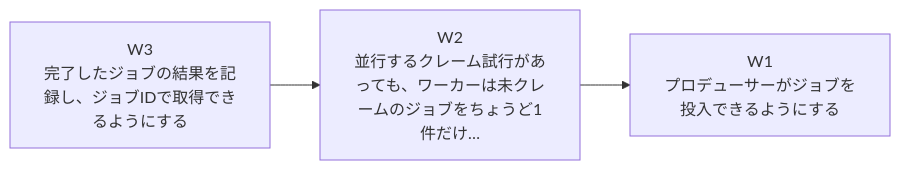
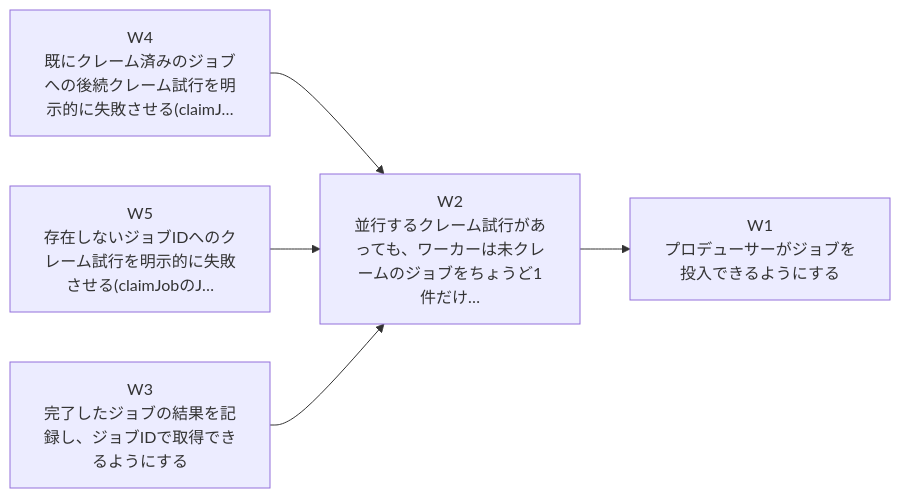
The first of 3 diagrams in examples/job-queue-exclusive-claim/.solidsdd/changes/establish-job-queue/report.md (naokirin/solid_sdd), drawn with Mermaid before and after one commit. The commit also changed other lines of this file and 9 other files, not shown here.

````diff
--- a/examples/job-queue-exclusive-claim/.solidsdd/changes/establish-job-queue/report.md
+++ b/examples/job-queue-exclusive-claim/.solidsdd/changes/establish-job-queue/report.md
@@ -115,8 +136,12 @@
 ```mermaid
 flowchart LR
   W1["W1<br/>プロデューサーがジョブを投入できるようにする"]
   W2["W2<br/>並行するクレーム試行があっても、ワーカーは未クレームのジョブをちょうど1件だけ…"]
+  W4["W4<br/>既にクレーム済みのジョブへの後続クレーム試行を明示的に失敗させる(claimJ…"]
+  W5["W5<br/>存在しないジョブIDへのクレーム試行を明示的に失敗させる(claimJobのJ…"]
   W3["W3<br/>完了したジョブの結果を記録し、ジョブIDで取得できるようにする"]
   W2 --> W1
+  W4 --> W2
+  W5 --> W2
   W3 --> W2
 ```
````
